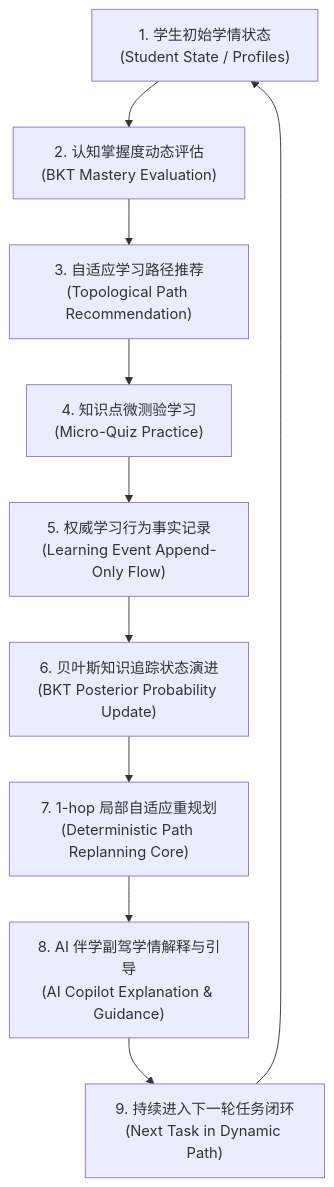
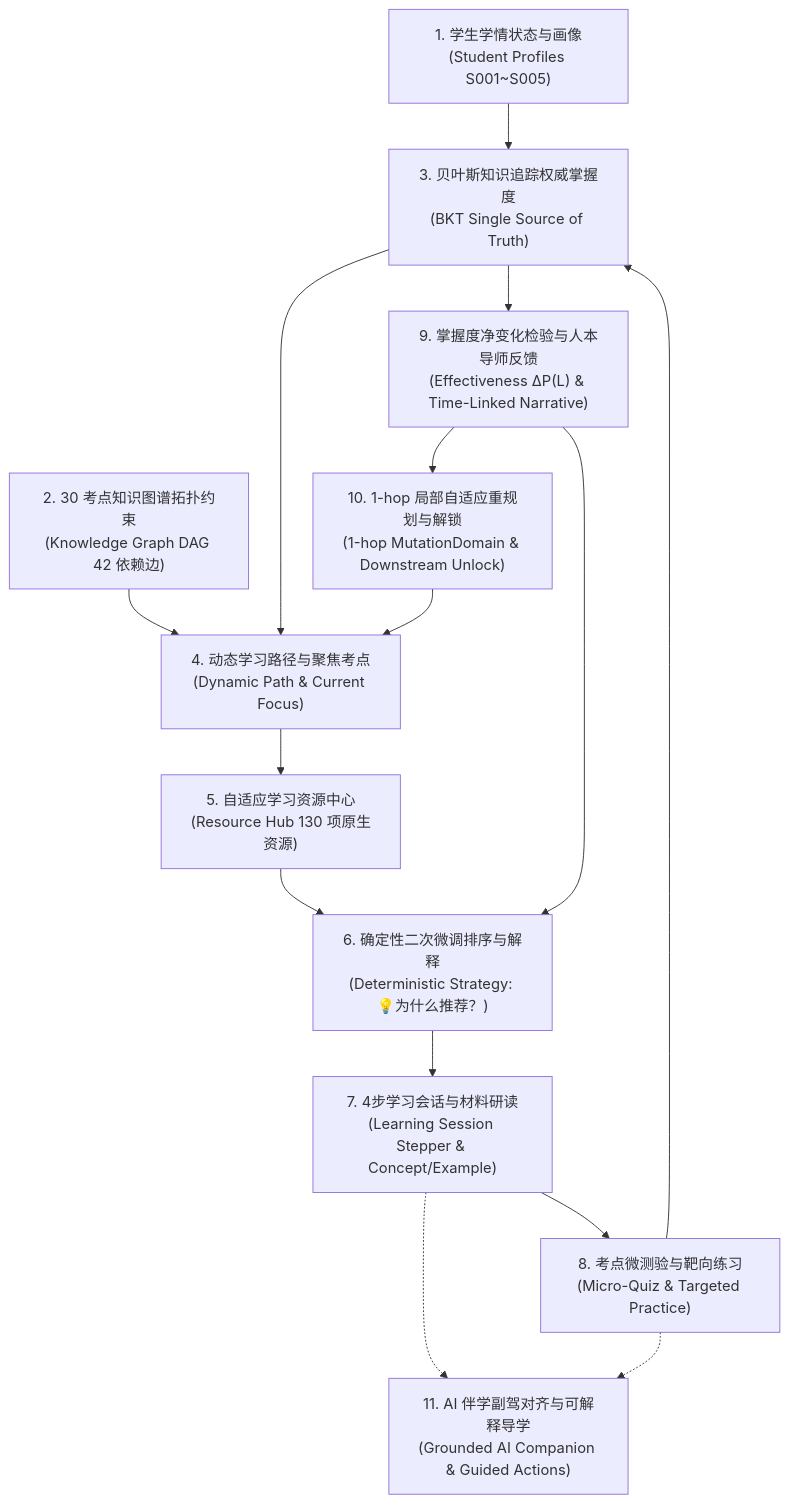
One commit to Nagisa-Ryouno/xuehai-zhidao-poc changed the diagram in README.md. Above: the diagram before and after it, drawn with Mermaid. The commit also changed other lines of this file and 3 other files, not shown here.

````diff
--- a/README.md
+++ b/README.md
@@ -36,22 +23,29 @@
 ```mermaid
 flowchart TD
-    State["1. 学生初始学情状态<br/>(Student State / Profiles)"]
-    Eval["2. 认知掌握度动态评估<br/>(BKT Mastery Evaluation)"]
-    Path["3. 自适应学习路径推荐<br/>(Topological Path Recommendation)"]
-    Quiz["4. 知识点微测验学习<br/>(Micro-Quiz Practice)"]
-    Event["5. 权威学习行为事实记录<br/>(Learning Event Append-Only Flow)"]
-    BKT["6. 贝叶斯知识追踪状态演进<br/>(BKT Posterior Probability Update)"]
-    Replan["7. 1-hop 局部自适应重规划<br/>(Deterministic Path Replanning Core)"]
-    AI["8. AI 伴学副驾学情解释与引导<br/>(AI Copilot Explanation & Guidance)"]
-    Next["9. 持续进入下一轮任务闭环<br/>(Next Task in Dynamic Path)"]
+    State["1. 学生学情状态与画像<br/>(Student Profiles S001~S005)"]
+    Graph["2. 30 考点知识图谱拓扑约束<br/>(Knowledge Graph DAG 42 依赖边)"]
+    BKT["3. 贝叶斯知识追踪权威掌握度<br/>(BKT Single Source of Truth)"]
+    Path["4. 动态学习路径与聚焦考点<br/>(Dynamic Path & Current Focus)"]
+    Hub["5. 自适应学习资源中心<br/>(Resource Hub 130 项原生资源)"]
+    Strategy["6. 确定性二次微调排序与解释<br/>(Deterministic Strategy: 💡为什么推荐？)"]
+    Session["7. 4步学习会话与材料研读<br/>(Learning Session Stepper & Concept/Example)"]
+    Quiz["8. 考点微测验与靶向练习<br/>(Micro-Quiz & Targeted Practice)"]
+    Delta["9. 掌握度净变化检验与人本导师反馈<br/>(Effectiveness ΔP(L) & Time-Linked Narrative)"]
+    Replan["10. 1-hop 局部自适应重规划与解锁<br/>(1-hop MutationDomain & Downstream Unlock)"]
+    AI["11. AI 伴学副驾对齐与可解释导学<br/>(Grounded AI Companion & Guided Actions)"]
 
-    State --> Eval
-    Eval --> Path
-    Path --> Quiz
-    Quiz --> Event
-    Event --> BKT
-    BKT --> Replan
-    Replan --> AI
-    AI --> Next
-    Next --> State
+    State --> BKT
+    Graph --> Path
+    BKT --> Path
+    Path --> Hub
+    Hub --> Strategy
+    Strategy --> Session
+    Session --> Quiz
+    Quiz --> BKT
+    BKT --> Delta
+    Delta --> Strategy
+    Delta --> Replan
+    Replan --> Path
+    Session -.-> AI
+    Quiz -.-> AI
 ```
````
